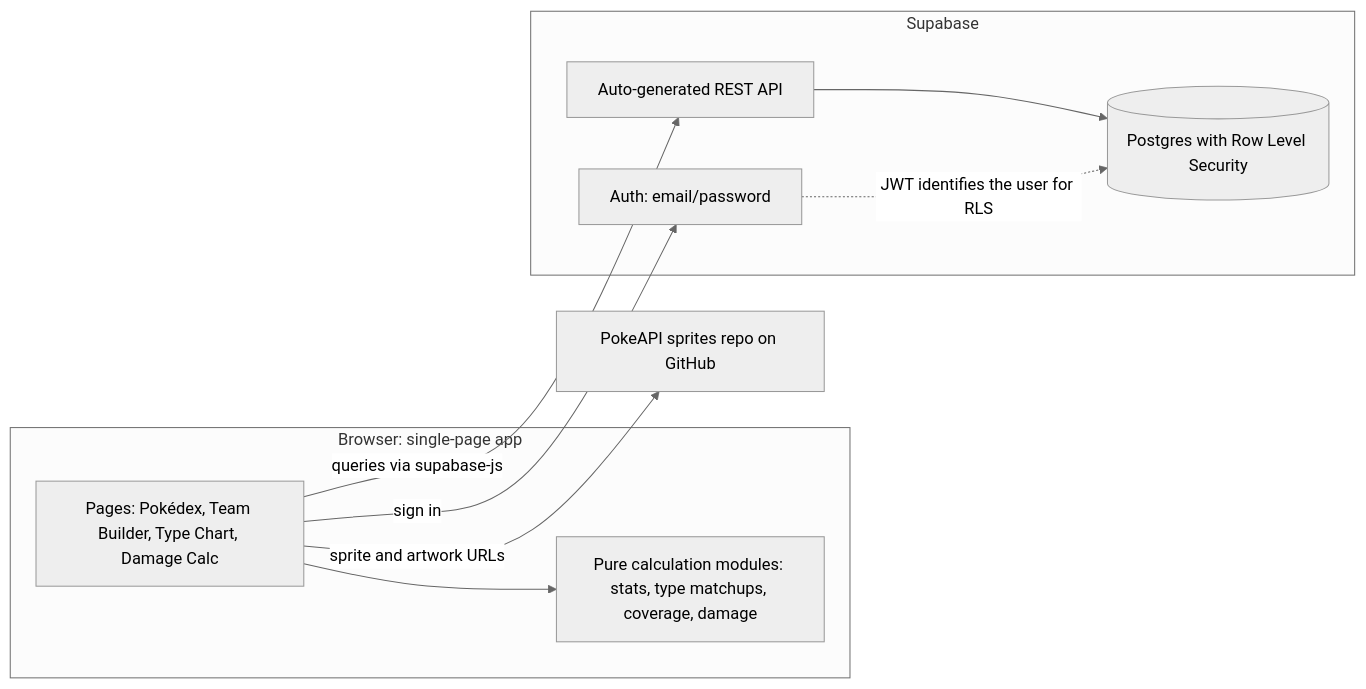
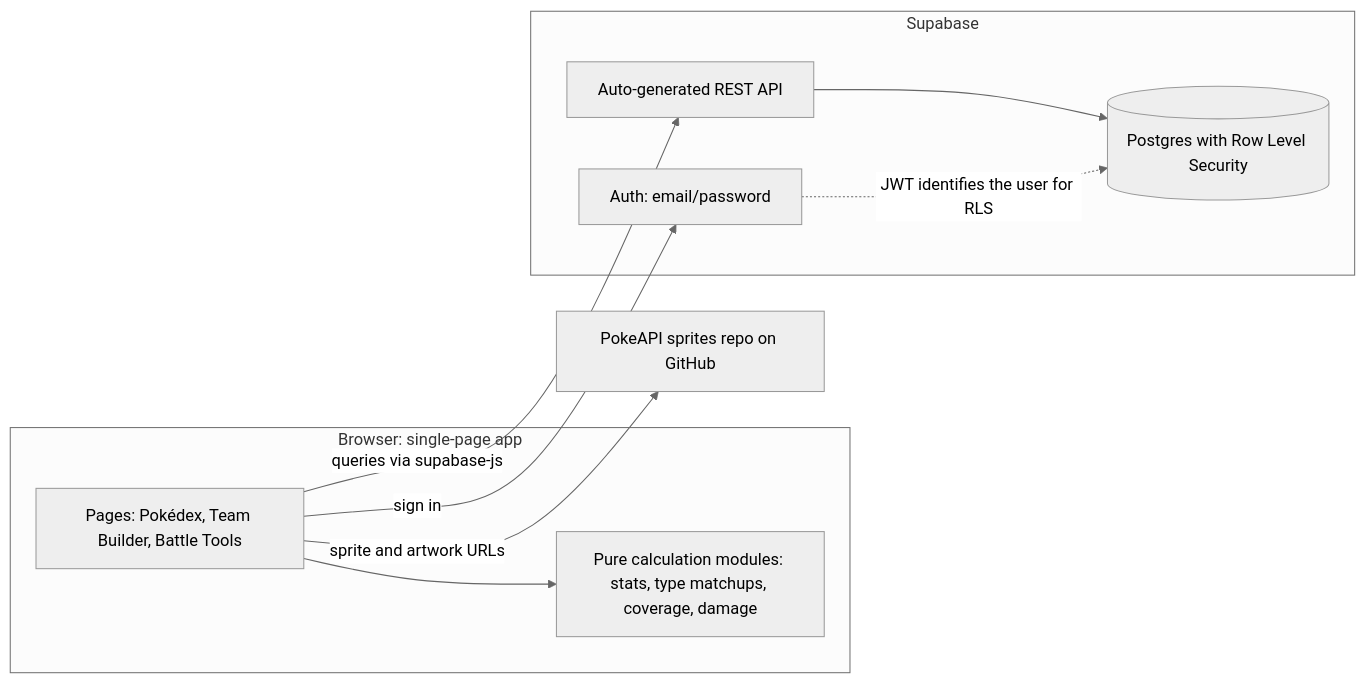
The first of 4 diagrams in README.md (ZonkeyZebra/pokedex-team-builder), drawn with Mermaid (neutral theme) before and after one commit. The commit also changed other lines of this file and 7 other files, not shown here.

Commit message:
expanded out team builder functionality

````diff
--- a/README.md
+++ b/README.md
@@ -59,22 +59,22 @@
 ```mermaid
 flowchart LR
     subgraph Client["Browser: single-page app"]
-        UI["Pages: Pokédex, Team Builder, Type Chart, Damage Calc"]
+        UI["Pages: Pokédex, Team Builder, Battle Tools"]
         LOGIC["Pure calculation modules: stats, type matchups, coverage, damage"]
         UI --> LOGIC
     end
 
     subgraph Supabase["Supabase"]
         AUTH["Auth: email/password"]
         API["Auto-generated REST API"]
         DB[("Postgres with Row Level Security")]
         API --> DB
         AUTH -. "JWT identifies the user for RLS" .-> DB
     end
 
     SPRITES["PokeAPI sprites repo on GitHub"]
 
     UI -- "sign in" --> AUTH
     UI -- "queries via supabase-js" --> API
     UI -- "sprite and artwork URLs" --> SPRITES
 ```
````
